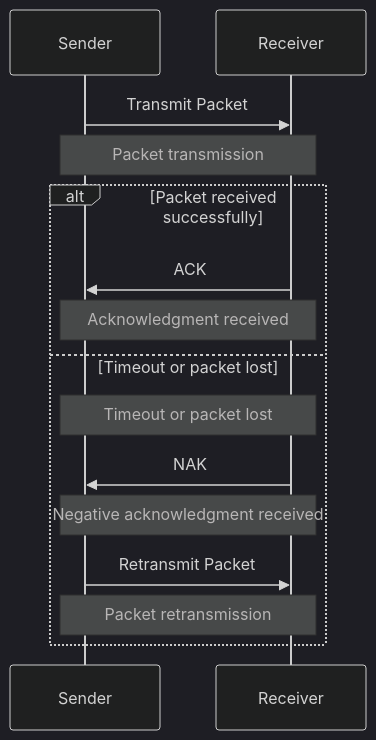
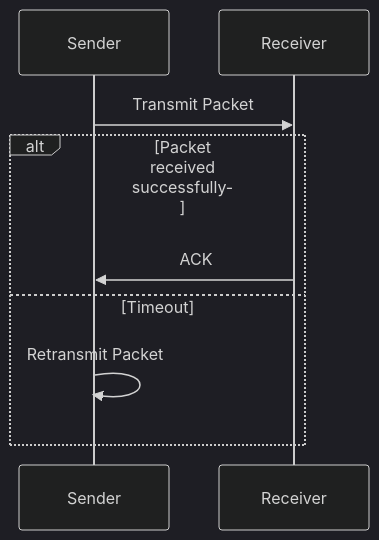
Before and after one commit to dyc3/sys-581-group-project: the diagram in figures/dsp/dsp-arq.mmd, drawn with Mermaid (dark theme). The commit also changed 1 other file, not shown here.

```diff
--- a/figures/dsp/dsp-arq.mmd
+++ b/figures/dsp/dsp-arq.mmd
@@ -1,16 +1,10 @@
 sequenceDiagram
     participant Sender
     participant Receiver
 
     Sender->>Receiver: Transmit Packet
-    Note over Sender, Receiver: Packet transmission
     alt Packet received successfully
         Receiver->>Sender: ACK
-        Note over Sender, Receiver: Acknowledgment received
-    else Timeout or packet lost
-        Note over Sender, Receiver: Timeout or packet lost
-        Receiver->>Sender: NAK
-        Note over Sender, Receiver: Negative acknowledgment received
-        Sender->>Receiver: Retransmit Packet
-        Note over Sender, Receiver: Packet retransmission
+    else Timeout
+        Sender->>Sender: Retransmit Packet
     end
```
